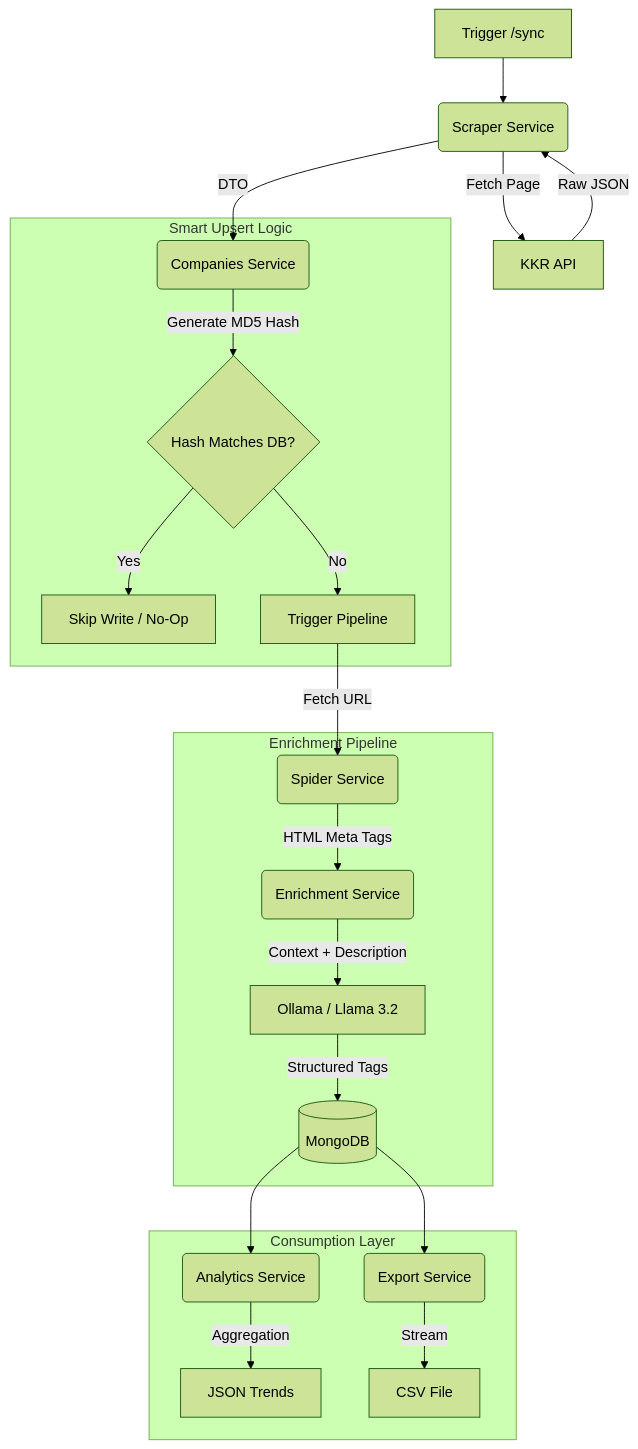
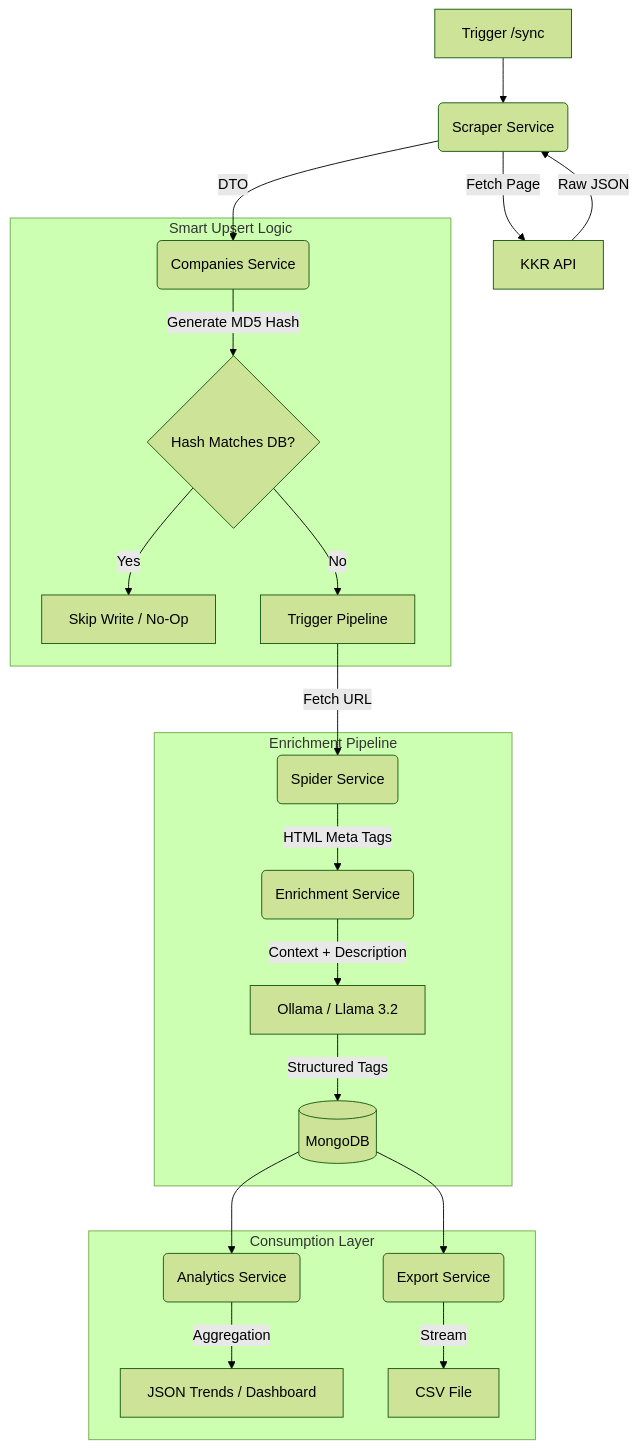
Before and after one commit to Hauntz45/kkr-repository-service: the diagram in ARCHITECTURE.md, drawn with Mermaid (forest theme). The commit also changed other lines of this file and 1 other file, not shown here.

Commit message:
Docs: Finalize documentation with analytics, dashboard, and architecture details

````diff
--- a/ARCHITECTURE.md
+++ b/ARCHITECTURE.md
@@ -8,27 +8,27 @@
 ```mermaid
 graph TD
     A[Trigger /sync] --> B(Scraper Service)
     B -->|Fetch Page| C[KKR API]
     C -->|Raw JSON| B
     B -->|DTO| D(Companies Service)
     
     subgraph "Smart Upsert Logic"
     D -->|Generate MD5 Hash| E{Hash Matches DB?}
     E -- Yes --> F[Skip Write / No-Op]
     E -- No --> G[Trigger Pipeline]
     end
 
     subgraph "Enrichment Pipeline"
     G -->|Fetch URL| H(Spider Service)
     H -->|HTML Meta Tags| I(Enrichment Service)
     I -->|Context + Description| J[Ollama / Llama 3.2]
     J -->|Structured Tags| K[(MongoDB)]
     end
 
     subgraph "Consumption Layer"
     K --> L(Analytics Service)
-    L -->|Aggregation| M[JSON Trends]
+    L -->|Aggregation| M[JSON Trends / Dashboard]
     K --> N(Export Service)
     N -->|Stream| O[CSV File]
     end
 ```
````
